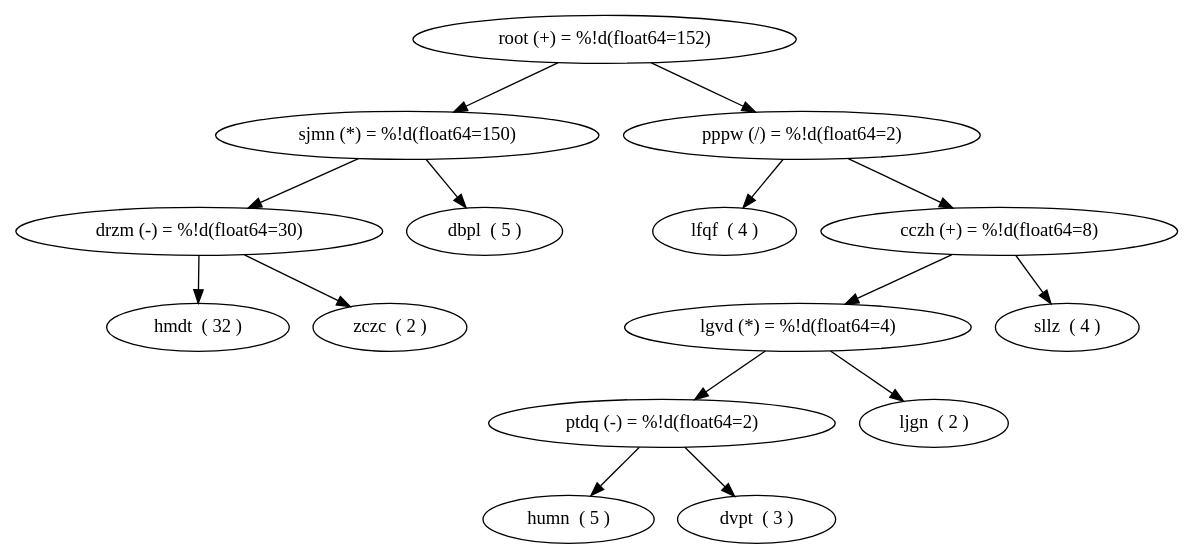
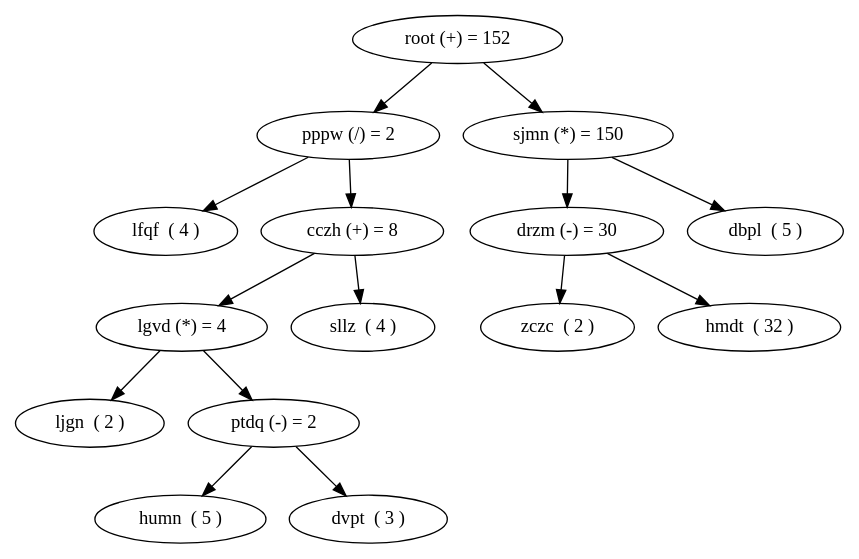
One commit to Jezzamonn/advent2022 changed the diagram in 21/demo.txt.dot. Above: the diagram before and after it, drawn with Graphviz. The commit also changed 1 other file, not shown here.

```diff
--- a/21/demo.txt.dot
+++ b/21/demo.txt.dot
@@ -1,31 +1,31 @@
 digraph G {
-drzm [label="drzm (-) = %!d(float64=30)"];
+lgvd [label="lgvd (*) = 4"];
+lgvd -> ljgn;
+lgvd -> ptdq;
+zczc [label=" zczc  ( 2 )"];
+lfqf [label=" lfqf  ( 4 )"];
+humn [label=" humn  ( 5 )"];
+pppw [label="pppw (/) = 2"];
+pppw -> cczh;
+pppw -> lfqf;
+drzm [label="drzm (-) = 30"];
 drzm -> hmdt;
 drzm -> zczc;
-ptdq [label="ptdq (-) = %!d(float64=2)"];
+hmdt [label=" hmdt  ( 32 )"];
+dbpl [label=" dbpl  ( 5 )"];
+ptdq [label="ptdq (-) = 2"];
 ptdq -> humn;
 ptdq -> dvpt;
-lfqf [label=" lfqf  ( 4 )"];
-ljgn [label=" ljgn  ( 2 )"];
-sjmn [label="sjmn (*) = %!d(float64=150)"];
+sllz [label=" sllz  ( 4 )"];
+cczh [label="cczh (+) = 8"];
+cczh -> sllz;
+cczh -> lgvd;
+dvpt [label=" dvpt  ( 3 )"];
+sjmn [label="sjmn (*) = 150"];
 sjmn -> drzm;
 sjmn -> dbpl;
-dbpl [label=" dbpl  ( 5 )"];
-zczc [label=" zczc  ( 2 )"];
-lgvd [label="lgvd (*) = %!d(float64=4)"];
-lgvd -> ljgn;
-lgvd -> ptdq;
-root [label="root (+) = %!d(float64=152)"];
+root [label="root (+) = 152"];
 root -> pppw;
 root -> sjmn;
-dvpt [label=" dvpt  ( 3 )"];
-sllz [label=" sllz  ( 4 )"];
-pppw [label="pppw (/) = %!d(float64=2)"];
-pppw -> cczh;
-pppw -> lfqf;
-hmdt [label=" hmdt  ( 32 )"];
-cczh [label="cczh (+) = %!d(float64=8)"];
-cczh -> sllz;
-cczh -> lgvd;
-humn [label=" humn  ( 5 )"];
+ljgn [label=" ljgn  ( 2 )"];
 }
```
